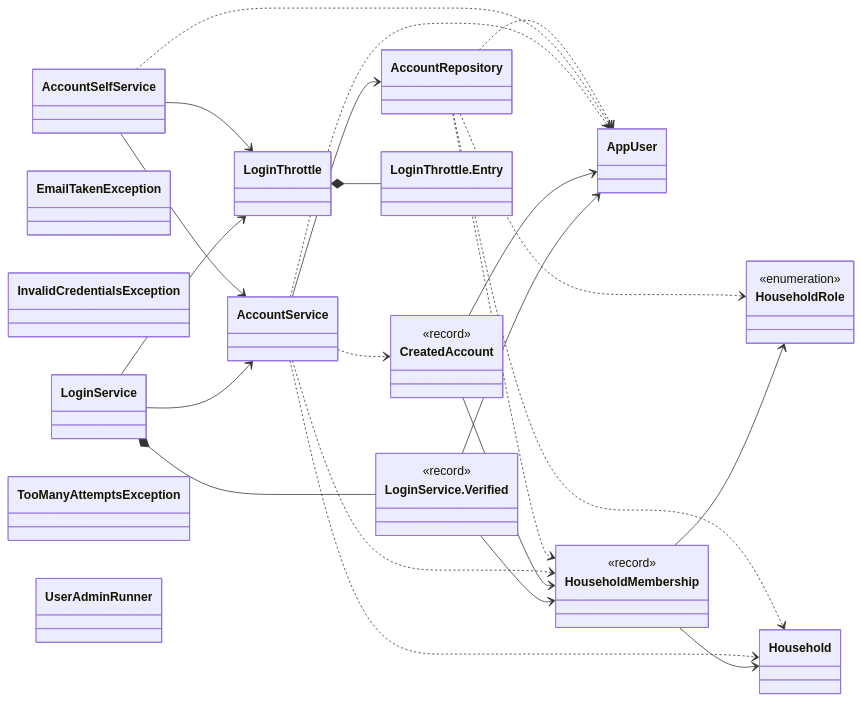
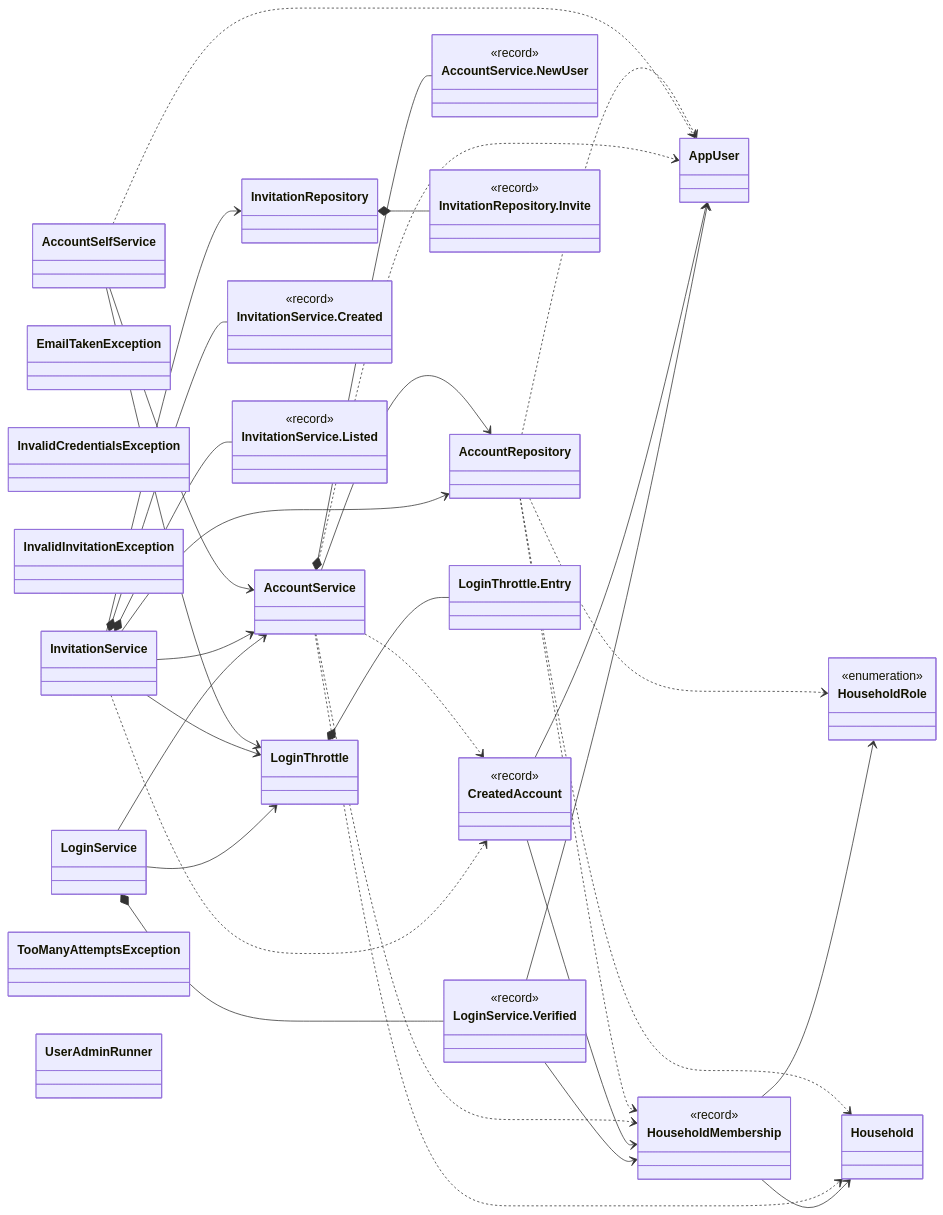
One commit to Nate-ryan-7690/dahaem changed the first of 24 diagrams in docs/classes/auth.md. Above: the diagram before and after it, drawn with Mermaid. The commit also changed other lines of this file and 4 other files, not shown here.

````diff
--- a/docs/classes/auth.md
+++ b/docs/classes/auth.md
@@ -11,50 +11,74 @@
 ```mermaid
 classDiagram
     direction LR
     class auth_AccountRepository["AccountRepository"]
     class auth_AccountSelfService["AccountSelfService"]
     class auth_AccountService["AccountService"]
+    class auth_AccountService_NewUser["AccountService.NewUser"] {
+        <<record>>
+    }
     class auth_AppUser["AppUser"]
     class auth_CreatedAccount["CreatedAccount"] {
         <<record>>
     }
     class auth_EmailTakenException["EmailTakenException"]
     class auth_Household["Household"]
     class auth_HouseholdMembership["HouseholdMembership"] {
         <<record>>
     }
     class auth_HouseholdRole["HouseholdRole"] {
         <<enumeration>>
     }
     class auth_InvalidCredentialsException["InvalidCredentialsException"]
+    class auth_InvalidInvitationException["InvalidInvitationException"]
+    class auth_InvitationRepository["InvitationRepository"]
+    class auth_InvitationRepository_Invite["InvitationRepository.Invite"] {
+        <<record>>
+    }
+    class auth_InvitationService["InvitationService"]
+    class auth_InvitationService_Created["InvitationService.Created"] {
+        <<record>>
+    }
+    class auth_InvitationService_Listed["InvitationService.Listed"] {
+        <<record>>
+    }
     class auth_LoginService["LoginService"]
     class auth_LoginService_Verified["LoginService.Verified"] {
         <<record>>
     }
     class auth_LoginThrottle["LoginThrottle"]
     class auth_LoginThrottle_Entry["LoginThrottle.Entry"]
     class auth_TooManyAttemptsException["TooManyAttemptsException"]
     class auth_UserAdminRunner["UserAdminRunner"]
     auth_AccountRepository ..> auth_Household
     auth_AccountRepository ..> auth_AppUser
     auth_AccountRepository ..> auth_HouseholdRole
     auth_AccountRepository ..> auth_HouseholdMembership
     auth_AccountSelfService --> auth_AccountService
     auth_AccountSelfService --> auth_LoginThrottle
     auth_AccountSelfService ..> auth_AppUser
+    auth_AccountService *-- auth_AccountService_NewUser
     auth_AccountService --> auth_AccountRepository
     auth_AccountService ..> auth_CreatedAccount
     auth_AccountService ..> auth_AppUser
     auth_AccountService ..> auth_HouseholdMembership
     auth_AccountService ..> auth_Household
     auth_CreatedAccount --> auth_AppUser
     auth_CreatedAccount --> auth_HouseholdMembership
     auth_HouseholdMembership --> auth_Household
     auth_HouseholdMembership --> auth_HouseholdRole
+    auth_InvitationRepository *-- auth_InvitationRepository_Invite
+    auth_InvitationService *-- auth_InvitationService_Created
+    auth_InvitationService *-- auth_InvitationService_Listed
+    auth_InvitationService --> auth_InvitationRepository
+    auth_InvitationService --> auth_AccountRepository
+    auth_InvitationService --> auth_AccountService
+    auth_InvitationService --> auth_LoginThrottle
+    auth_InvitationService ..> auth_CreatedAccount
     auth_LoginService *-- auth_LoginService_Verified
     auth_LoginService --> auth_AccountService
     auth_LoginService --> auth_LoginThrottle
     auth_LoginService_Verified --> auth_AppUser
     auth_LoginService_Verified --> auth_HouseholdMembership
     auth_LoginThrottle *-- auth_LoginThrottle_Entry
 ```
````
